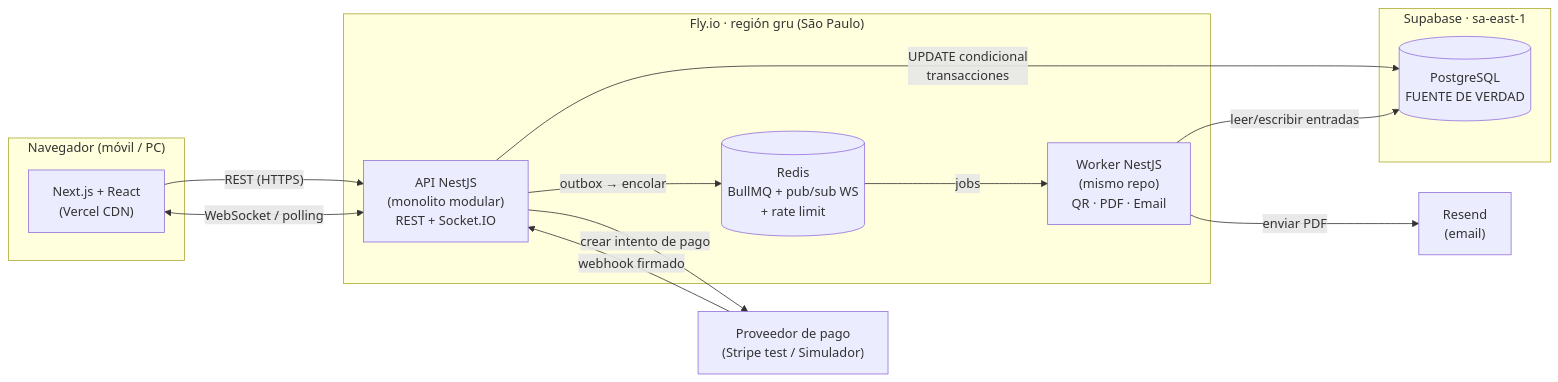
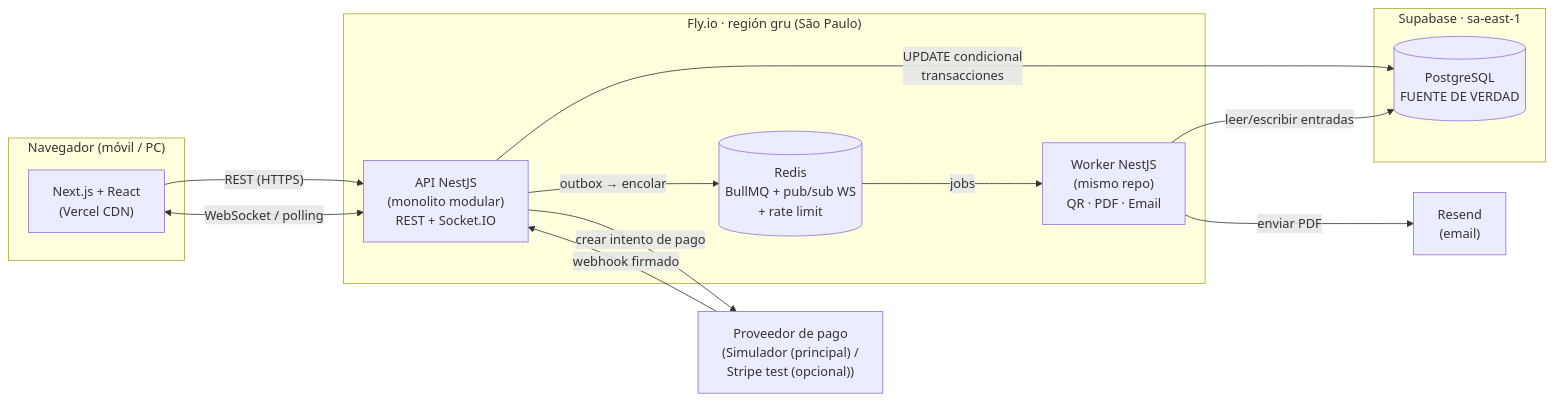
One commit to oliver-franz123/ticketing-app changed the diagram in Sistemas_Distribuidos/docs/00-resumen.md. Above: the diagram before and after it, drawn with Mermaid. The commit also changed other lines of this file and 17 other files, not shown here.

Commit message:
docs: simulador de pagos como proveedor principal y plan de semana 1

````diff
--- a/Sistemas_Distribuidos/docs/00-resumen.md
+++ b/Sistemas_Distribuidos/docs/00-resumen.md
@@ -21,29 +21,29 @@
 ```mermaid
 flowchart LR
     subgraph Cliente["Navegador (móvil / PC)"]
         WEB["Next.js + React<br/>(Vercel CDN)"]
     end
 
     subgraph Fly["Fly.io · región gru (São Paulo)"]
         API["API NestJS<br/>(monolito modular)<br/>REST + Socket.IO"]
         WK["Worker NestJS<br/>(mismo repo)<br/>QR · PDF · Email"]
         RD[("Redis<br/>BullMQ + pub/sub WS<br/>+ rate limit")]
     end
 
     subgraph Supa["Supabase · sa-east-1"]
         PG[("PostgreSQL<br/>FUENTE DE VERDAD")]
     end
 
-    PAY["Proveedor de pago<br/>(Stripe test / Simulador)"]
+    PAY["Proveedor de pago<br/>(Simulador (principal) /<br/>Stripe test (opcional))"]
     MAIL["Resend<br/>(email)"]
 
     WEB -- "REST (HTTPS)" --> API
     WEB <-- "WebSocket / polling" --> API
     API -- "UPDATE condicional<br/>transacciones" --> PG
     API -- "outbox → encolar" --> RD
     PAY -- "webhook firmado" --> API
     API -- "crear intento de pago" --> PAY
     RD -- "jobs" --> WK
     WK -- "leer/escribir entradas" --> PG
     WK -- "enviar PDF" --> MAIL
 ```
````
